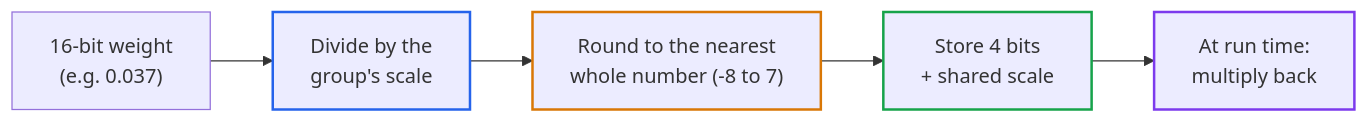
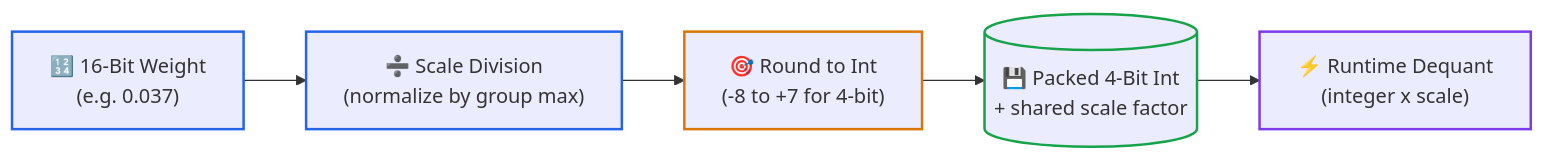
Before and after one commit to dip4k/senior-engineer-to-ai-engineer-roadmap: the first of 3 diagrams in 00-foundations-and-token-mechanics/05-slms-and-quantization-mechanics.md, drawn with Mermaid. The commit also changed other lines of this file and 39 other files, not shown here.

First line of the commit message:
feat(curriculum): upgrade mermaid diagrams with unicode icons & codify anti-bloat layout rules

````diff
--- a/00-foundations-and-token-mechanics/05-slms-and-quantization-mechanics.md
+++ b/00-foundations-and-token-mechanics/05-slms-and-quantization-mechanics.md
@@ -79,12 +79,13 @@
 ```mermaid
 flowchart LR
-    W["16-bit weight<br>(e.g. 0.037)"] --> D["Divide by the<br>group's scale"]
-    D --> R["Round to the nearest<br>whole number (-8 to 7)"]
-    R --> S["Store 4 bits<br>+ shared scale"]
-    S --> U["At run time:<br>multiply back"]
+    W["🔢 16-Bit Weight<br>(e.g. 0.037)"] --> D["➗ Scale Division<br>(normalize by group max)"]
+    D --> R["🎯 Round to Int<br>(-8 to +7 for 4-bit)"]
+    R --> S[("💾 Packed 4-Bit Int<br>+ shared scale factor")]
+    S --> U["⚡ Runtime Dequant<br>(integer x scale)"]
 
+    style W stroke:#2563eb,stroke-width:2px
     style D stroke:#2563eb,stroke-width:2px
     style R stroke:#d97706,stroke-width:2px
     style S stroke:#16a34a,stroke-width:2px
     style U stroke:#7c3aed,stroke-width:2px
 ```
````
